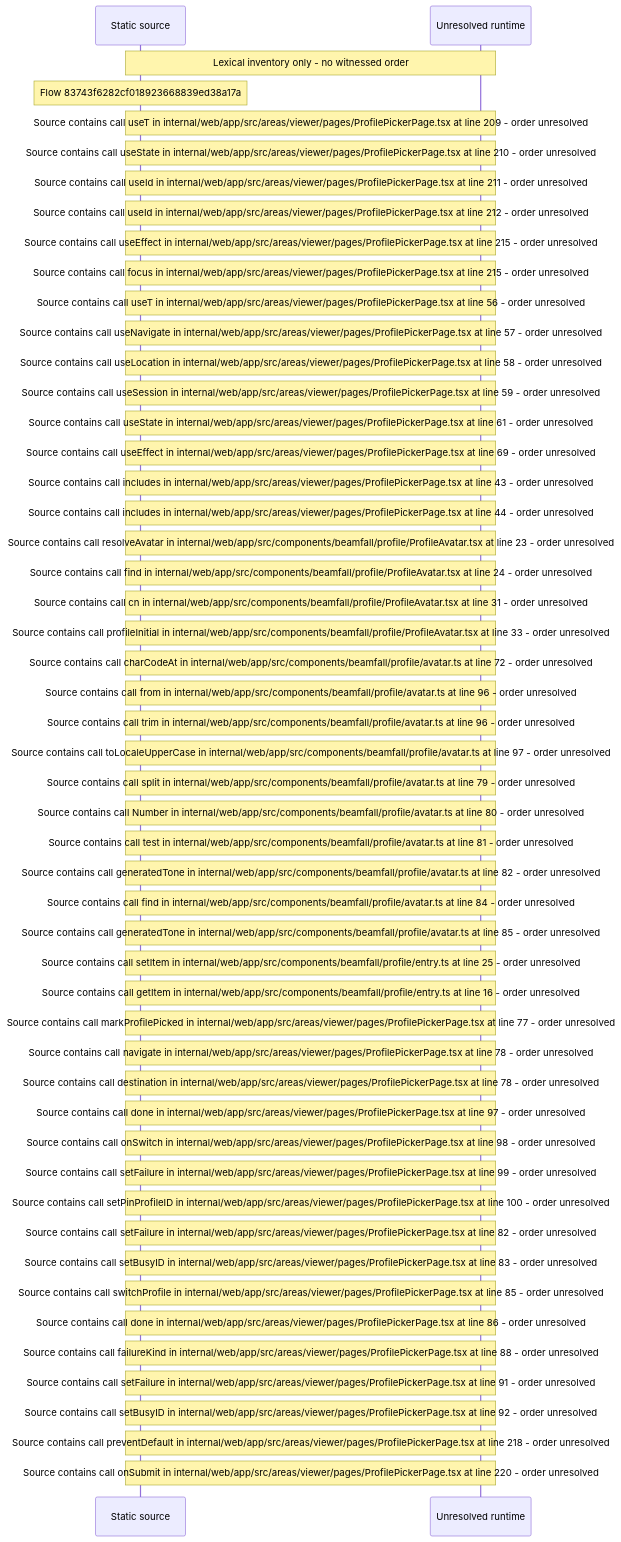
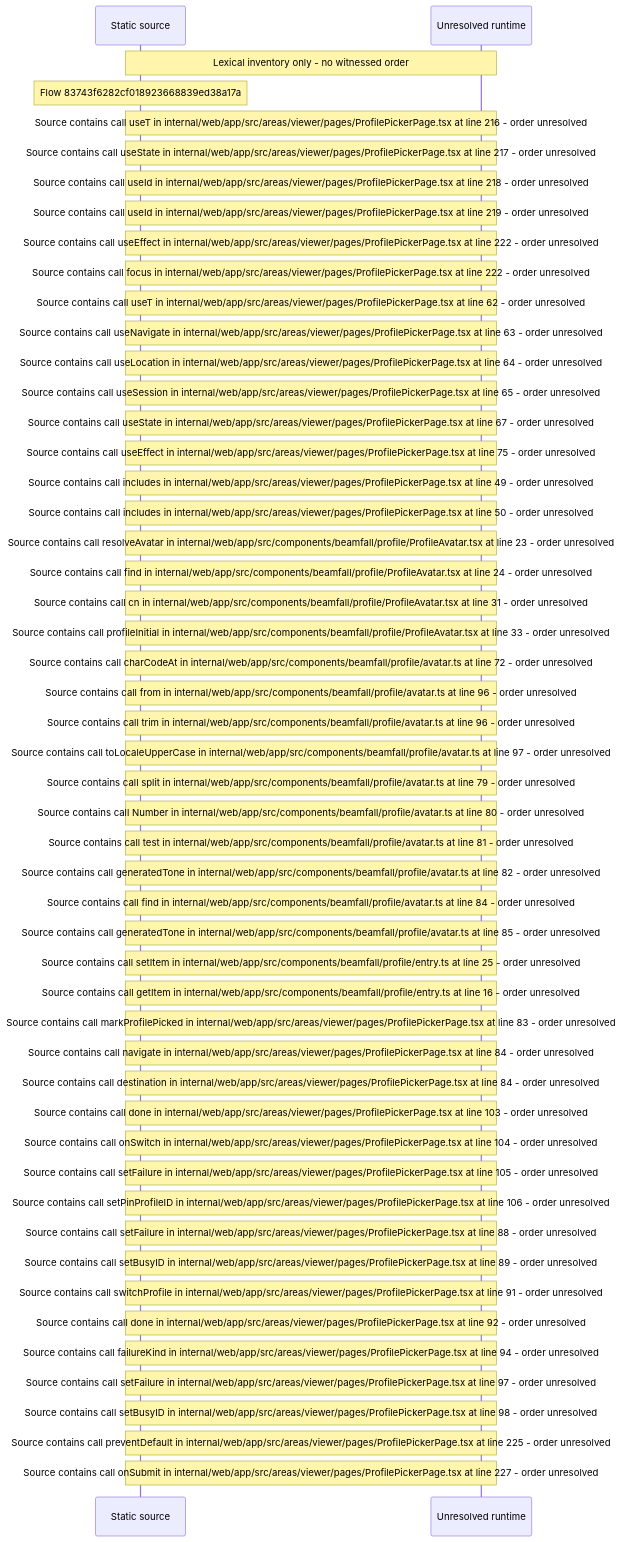
The diagram in docs/web/flows/generated/83743f6282cf018923668839ed38a17a/flow-diagram.md (beamfall/core), drawn with Mermaid before and after one commit. The commit also changed other lines of this file and 715 other files, not shown here.

Commit message:
Regenerate the web flow record on the landing stack head (CORE-1762)

````diff
--- a/docs/web/flows/generated/83743f6282cf018923668839ed38a17a/flow-diagram.md
+++ b/docs/web/flows/generated/83743f6282cf018923668839ed38a17a/flow-diagram.md
@@ -10,53 +10,53 @@
 ```mermaid
 sequenceDiagram
     participant S as Static source
     participant U as Unresolved runtime
     Note over S,U: Lexical inventory only - no witnessed order
     Note over S: Flow 83743f6282cf018923668839ed38a17a
-    Note over S,U: Source contains call useT in internal/web/app/src/areas/viewer/pages/ProfilePickerPage.tsx at line 209 - order unresolved
-    Note over S,U: Source contains call useState in internal/web/app/src/areas/viewer/pages/ProfilePickerPage.tsx at line 210 - order unresolved
-    Note over S,U: Source contains call useId in internal/web/app/src/areas/viewer/pages/ProfilePickerPage.tsx at line 211 - order unresolved
-    Note over S,U: Source contains call useId in internal/web/app/src/areas/viewer/pages/ProfilePickerPage.tsx at line 212 - order unresolved
-    Note over S,U: Source contains call useEffect in internal/web/app/src/areas/viewer/pages/ProfilePickerPage.tsx at line 215 - order unresolved
-    Note over S,U: Source contains call focus in internal/web/app/src/areas/viewer/pages/ProfilePickerPage.tsx at line 215 - order unresolved
-    Note over S,U: Source contains call useT in internal/web/app/src/areas/viewer/pages/ProfilePickerPage.tsx at line 56 - order unresolved
-    Note over S,U: Source contains call useNavigate in internal/web/app/src/areas/viewer/pages/ProfilePickerPage.tsx at line 57 - order unresolved
-    Note over S,U: Source contains call useLocation in internal/web/app/src/areas/viewer/pages/ProfilePickerPage.tsx at line 58 - order unresolved
-    Note over S,U: Source contains call useSession in internal/web/app/src/areas/viewer/pages/ProfilePickerPage.tsx at line 59 - order unresolved
-    Note over S,U: Source contains call useState in internal/web/app/src/areas/viewer/pages/ProfilePickerPage.tsx at line 61 - order unresolved
-    Note over S,U: Source contains call useEffect in internal/web/app/src/areas/viewer/pages/ProfilePickerPage.tsx at line 69 - order unresolved
-    Note over S,U: Source contains call includes in internal/web/app/src/areas/viewer/pages/ProfilePickerPage.tsx at line 43 - order unresolved
-    Note over S,U: Source contains call includes in internal/web/app/src/areas/viewer/pages/ProfilePickerPage.tsx at line 44 - order unresolved
+    Note over S,U: Source contains call useT in internal/web/app/src/areas/viewer/pages/ProfilePickerPage.tsx at line 216 - order unresolved
+    Note over S,U: Source contains call useState in internal/web/app/src/areas/viewer/pages/ProfilePickerPage.tsx at line 217 - order unresolved
+    Note over S,U: Source contains call useId in internal/web/app/src/areas/viewer/pages/ProfilePickerPage.tsx at line 218 - order unresolved
+    Note over S,U: Source contains call useId in internal/web/app/src/areas/viewer/pages/ProfilePickerPage.tsx at line 219 - order unresolved
+    Note over S,U: Source contains call useEffect in internal/web/app/src/areas/viewer/pages/ProfilePickerPage.tsx at line 222 - order unresolved
+    Note over S,U: Source contains call focus in internal/web/app/src/areas/viewer/pages/ProfilePickerPage.tsx at line 222 - order unresolved
+    Note over S,U: Source contains call useT in internal/web/app/src/areas/viewer/pages/ProfilePickerPage.tsx at line 62 - order unresolved
+    Note over S,U: Source contains call useNavigate in internal/web/app/src/areas/viewer/pages/ProfilePickerPage.tsx at line 63 - order unresolved
+    Note over S,U: Source contains call useLocation in internal/web/app/src/areas/viewer/pages/ProfilePickerPage.tsx at line 64 - order unresolved
+    Note over S,U: Source contains call useSession in internal/web/app/src/areas/viewer/pages/ProfilePickerPage.tsx at line 65 - order unresolved
+    Note over S,U: Source contains call useState in internal/web/app/src/areas/viewer/pages/ProfilePickerPage.tsx at line 67 - order unresolved
+    Note over S,U: Source contains call useEffect in internal/web/app/src/areas/viewer/pages/ProfilePickerPage.tsx at line 75 - order unresolved
+    Note over S,U: Source contains call includes in internal/web/app/src/areas/viewer/pages/ProfilePickerPage.tsx at line 49 - order unresolved
+    Note over S,U: Source contains call includes in internal/web/app/src/areas/viewer/pages/ProfilePickerPage.tsx at line 50 - order unresolved
     Note over S,U: Source contains call resolveAvatar in internal/web/app/src/components/beamfall/profile/ProfileAvatar.tsx at line 23 - order unresolved
     Note over S,U: Source contains call find in internal/web/app/src/components/beamfall/profile/ProfileAvatar.tsx at line 24 - order unresolved
     Note over S,U: Source contains call cn in internal/web/app/src/components/beamfall/profile/ProfileAvatar.tsx at line 31 - order unresolved
     Note over S,U: Source contains call profileInitial in internal/web/app/src/components/beamfall/profile/ProfileAvatar.tsx at line 33 - order unresolved
     Note over S,U: Source contains call charCodeAt in internal/web/app/src/components/beamfall/profile/avatar.ts at line 72 - order unresolved
     Note over S,U: Source contains call from in internal/web/app/src/components/beamfall/profile/avatar.ts at line 96 - order unresolved
     Note over S,U: Source contains call trim in internal/web/app/src/components/beamfall/profile/avatar.ts at line 96 - order unresolved
     Note over S,U: Source contains call toLocaleUpperCase in internal/web/app/src/components/beamfall/profile/avatar.ts at line 97 - order unresolved
     Note over S,U: Source contains call split in internal/web/app/src/components/beamfall/profile/avatar.ts at line 79 - order unresolved
     Note over S,U: Source contains call Number in internal/web/app/src/components/beamfall/profile/avatar.ts at line 80 - order unresolved
     Note over S,U: Source contains call test in internal/web/app/src/components/beamfall/profile/avatar.ts at line 81 - order unresolved
     Note over S,U: Source contains call generatedTone in internal/web/app/src/components/beamfall/profile/avatar.ts at line 82 - order unresolved
     Note over S,U: Source contains call find in internal/web/app/src/components/beamfall/profile/avatar.ts at line 84 - order unresolved
     Note over S,U: Source contains call generatedTone in internal/web/app/src/components/beamfall/profile/avatar.ts at line 85 - order unresolved
     Note over S,U: Source contains call setItem in internal/web/app/src/components/beamfall/profile/entry.ts at line 25 - order unresolved
     Note over S,U: Source contains call getItem in internal/web/app/src/components/beamfall/profile/entry.ts at line 16 - order unresolved
-    Note over S,U: Source contains call markProfilePicked in internal/web/app/src/areas/viewer/pages/ProfilePickerPage.tsx at line 77 - order unresolved
-    Note over S,U: Source contains call navigate in internal/web/app/src/areas/viewer/pages/ProfilePickerPage.tsx at line 78 - order unresolved
-    Note over S,U: Source contains call destination in internal/web/app/src/areas/viewer/pages/ProfilePickerPage.tsx at line 78 - order unresolved
-    Note over S,U: Source contains call done in internal/web/app/src/areas/viewer/pages/ProfilePickerPage.tsx at line 97 - order unresolved
-    Note over S,U: Source contains call onSwitch in internal/web/app/src/areas/viewer/pages/ProfilePickerPage.tsx at line 98 - order unresolved
-    Note over S,U: Source contains call setFailure in internal/web/app/src/areas/viewer/pages/ProfilePickerPage.tsx at line 99 - order unresolved
-    Note over S,U: Source contains call setPinProfileID in internal/web/app/src/areas/viewer/pages/ProfilePickerPage.tsx at line 100 - order unresolved
-    Note over S,U: Source contains call setFailure in internal/web/app/src/areas/viewer/pages/ProfilePickerPage.tsx at line 82 - order unresolved
-    Note over S,U: Source contains call setBusyID in internal/web/app/src/areas/viewer/pages/ProfilePickerPage.tsx at line 83 - order unresolved
-    Note over S,U: Source contains call switchProfile in internal/web/app/src/areas/viewer/pages/ProfilePickerPage.tsx at line 85 - order unresolved
-    Note over S,U: Source contains call done in internal/web/app/src/areas/viewer/pages/ProfilePickerPage.tsx at line 86 - order unresolved
-    Note over S,U: Source contains call failureKind in internal/web/app/src/areas/viewer/pages/ProfilePickerPage.tsx at line 88 - order unresolved
-    Note over S,U: Source contains call setFailure in internal/web/app/src/areas/viewer/pages/ProfilePickerPage.tsx at line 91 - order unresolved
-    Note over S,U: Source contains call setBusyID in internal/web/app/src/areas/viewer/pages/ProfilePickerPage.tsx at line 92 - order unresolved
-    Note over S,U: Source contains call preventDefault in internal/web/app/src/areas/viewer/pages/ProfilePickerPage.tsx at line 218 - order unresolved
-    Note over S,U: Source contains call onSubmit in internal/web/app/src/areas/viewer/pages/ProfilePickerPage.tsx at line 220 - order unresolved
+    Note over S,U: Source contains call markProfilePicked in internal/web/app/src/areas/viewer/pages/ProfilePickerPage.tsx at line 83 - order unresolved
+    Note over S,U: Source contains call navigate in internal/web/app/src/areas/viewer/pages/ProfilePickerPage.tsx at line 84 - order unresolved
+    Note over S,U: Source contains call destination in internal/web/app/src/areas/viewer/pages/ProfilePickerPage.tsx at line 84 - order unresolved
+    Note over S,U: Source contains call done in internal/web/app/src/areas/viewer/pages/ProfilePickerPage.tsx at line 103 - order unresolved
+    Note over S,U: Source contains call onSwitch in internal/web/app/src/areas/viewer/pages/ProfilePickerPage.tsx at line 104 - order unresolved
+    Note over S,U: Source contains call setFailure in internal/web/app/src/areas/viewer/pages/ProfilePickerPage.tsx at line 105 - order unresolved
+    Note over S,U: Source contains call setPinProfileID in internal/web/app/src/areas/viewer/pages/ProfilePickerPage.tsx at line 106 - order unresolved
+    Note over S,U: Source contains call setFailure in internal/web/app/src/areas/viewer/pages/ProfilePickerPage.tsx at line 88 - order unresolved
+    Note over S,U: Source contains call setBusyID in internal/web/app/src/areas/viewer/pages/ProfilePickerPage.tsx at line 89 - order unresolved
+    Note over S,U: Source contains call switchProfile in internal/web/app/src/areas/viewer/pages/ProfilePickerPage.tsx at line 91 - order unresolved
+    Note over S,U: Source contains call done in internal/web/app/src/areas/viewer/pages/ProfilePickerPage.tsx at line 92 - order unresolved
+    Note over S,U: Source contains call failureKind in internal/web/app/src/areas/viewer/pages/ProfilePickerPage.tsx at line 94 - order unresolved
+    Note over S,U: Source contains call setFailure in internal/web/app/src/areas/viewer/pages/ProfilePickerPage.tsx at line 97 - order unresolved
+    Note over S,U: Source contains call setBusyID in internal/web/app/src/areas/viewer/pages/ProfilePickerPage.tsx at line 98 - order unresolved
+    Note over S,U: Source contains call preventDefault in internal/web/app/src/areas/viewer/pages/ProfilePickerPage.tsx at line 225 - order unresolved
+    Note over S,U: Source contains call onSubmit in internal/web/app/src/areas/viewer/pages/ProfilePickerPage.tsx at line 227 - order unresolved
 ```
````
